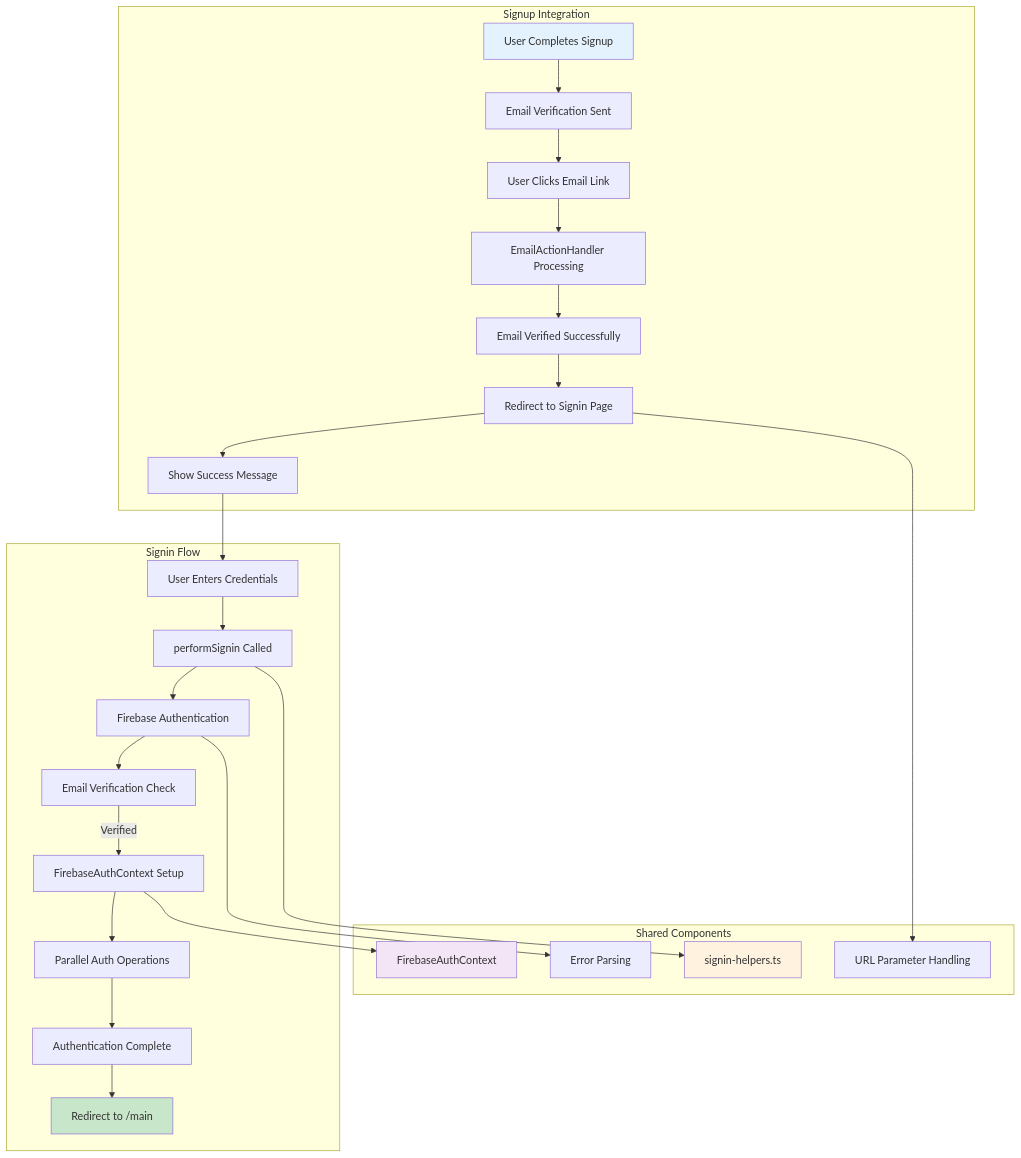
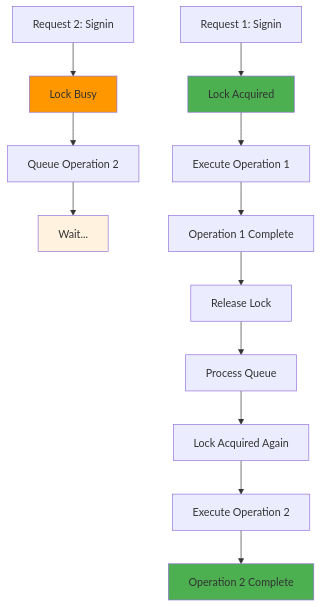
The fifth of 7 diagrams in docs/signin.md (benxgao/certifai-app), drawn with Mermaid before and after one commit. The commit also changed other lines of this file and 3 other files, not shown here.

````diff
--- a/docs/signin.md
+++ b/docs/signin.md
@@ -367,39 +358,22 @@
 ```mermaid
-graph TB
-    subgraph "Signup Integration"
-        A[User Completes Signup] --> B[Email Verification Sent]
-        B --> C[User Clicks Email Link]
-        C --> D[EmailActionHandler Processing]
-        D --> E[Email Verified Successfully]
-        E --> F[Redirect to Signin Page]
-        F --> G[Show Success Message]
-    end
+graph TD
+    A[Request 1: Signin] --> B[Lock Acquired]
+    B --> C[Execute Operation 1]
 
-    subgraph "Signin Flow"
-        G --> H[User Enters Credentials]
-        H --> I[performSignin Called]
-        I --> J[Firebase Authentication]
-        J --> K[Email Verification Check]
-        K -->|Verified| L[FirebaseAuthContext Setup]
-        L --> M[Parallel Auth Operations]
-        M --> N[Authentication Complete]
-        N --> O[Redirect to /main]
-    end
+    D[Request 2: Signin] --> E[Lock Busy]
+    E --> F[Queue Operation 2]
+    F --> G[Wait...]
 
-    subgraph "Shared Components"
-        P[signin-helpers.ts]
-        Q[FirebaseAuthContext]
-        R[Error Parsing]
-        S[URL Parameter Handling]
-    end
+    C --> H[Operation 1 Complete]
+    H --> I[Release Lock]
+    I --> J[Process Queue]
+    J --> K[Lock Acquired Again]
+    K --> L[Execute Operation 2]
 
-    I --> P
-    L --> Q
-    J --> R
-    F --> S
+    L --> M[Operation 2 Complete]
 
-    style A fill:#e3f2fd
-    style O fill:#c8e6c9
-    style P fill:#fff3e0
-    style Q fill:#f3e5f5
+    style B fill:#4caf50
+    style E fill:#ff9800
+    style G fill:#fff3e0
+    style M fill:#4caf50
 ```
````
